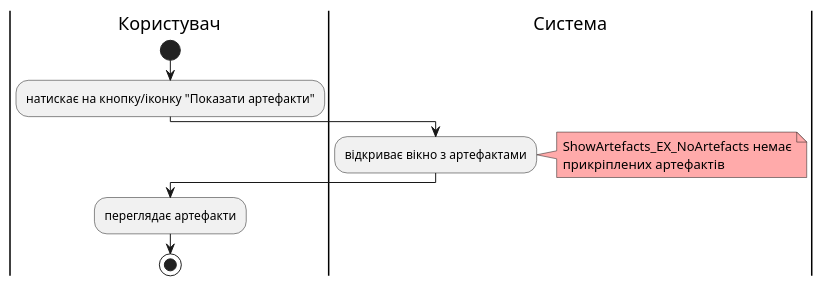
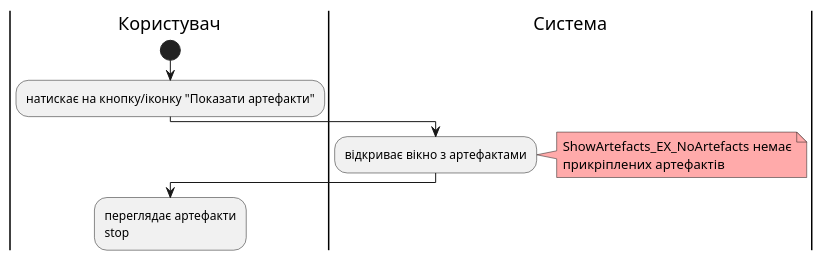
Before and after one commit to cholombytko/project-management-system: diagram 15 of 16 in docs/use cases/README.md, drawn with PlantUML.

Commit message:
add responsible to task

```diff
--- a/docs/use cases/README.md
+++ b/docs/use cases/README.md
@@ -616,16 +616,16 @@
 @startuml
 
     |Користувач|
         start
         :натискає на кнопку/іконку "Показати артефакти";
     |Система|
         :відкриває вікно з артефактами;
         note right #ffaaaa
         ShowArtefacts_EX_NoArtefacts немає
         прикріплених артефактів
         end note
     |Користувач|
-        :переглядає артефакти;
+        :переглядає артефакти
         stop;
 
 @enduml
```
